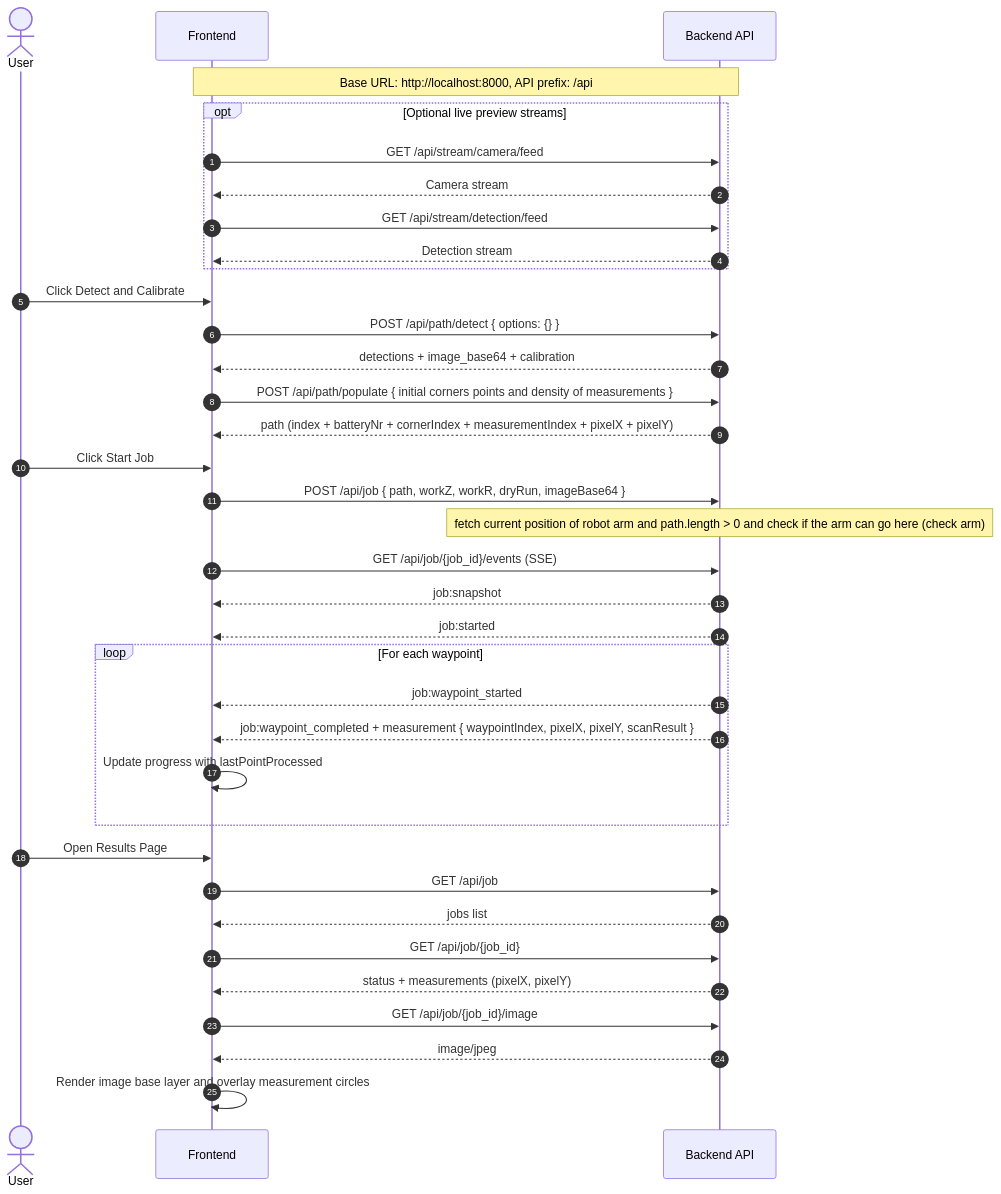
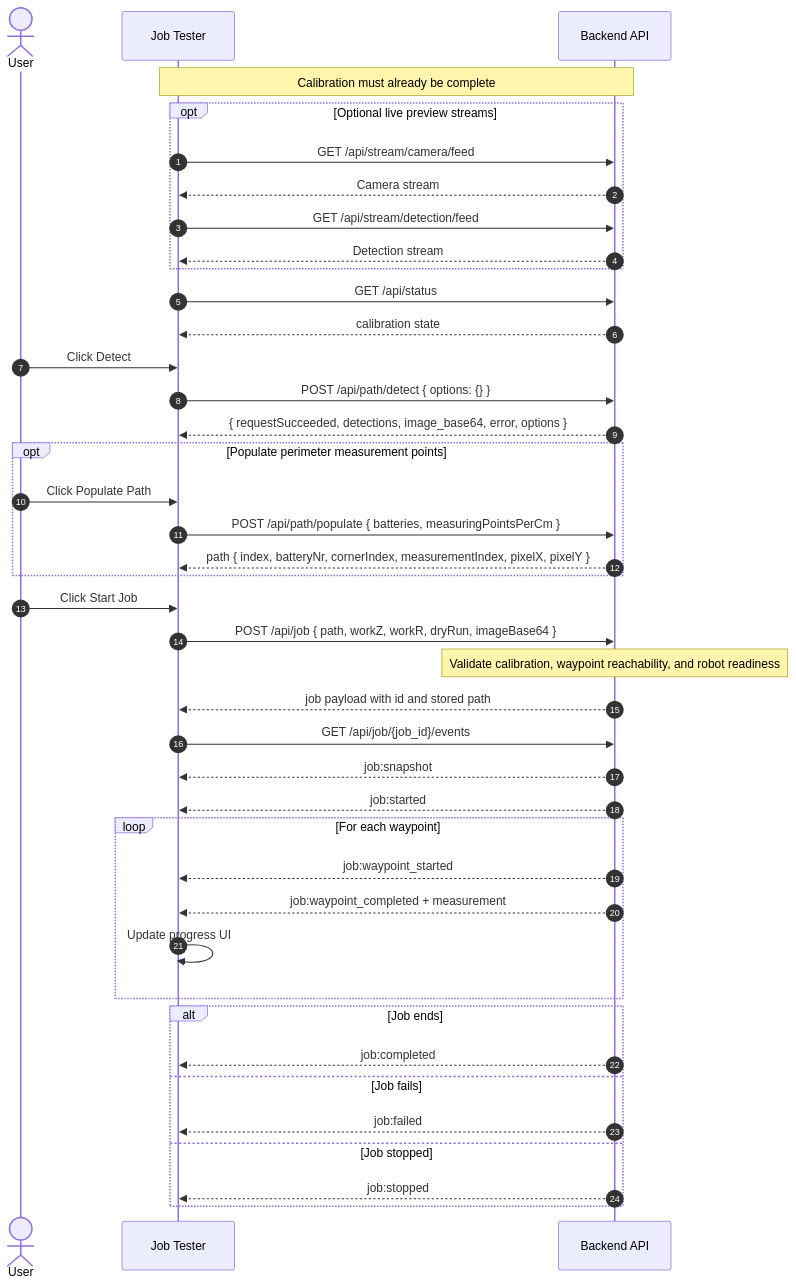
Before and after one commit to NenaBot/nenabot-backend: the second of 3 diagrams in docs/frontend-integration-diagram.md, drawn with Mermaid. The commit also changed other lines of this file and 4 other files, not shown here.

Commit message:
Add frontend integration documentation and update calibration status references

````diff
--- a/docs/frontend-integration-diagram.md
+++ b/docs/frontend-integration-diagram.md
@@ -1,46 +62,52 @@
 ```mermaid
 sequenceDiagram
     autonumber
     actor U as User
-    participant FE as Frontend
+    participant FE as Job Tester
     participant BE as Backend API
 
-    Note over FE,BE: Base URL: http://localhost:8000, API prefix: /api
+    Note over FE,BE: Calibration must already be complete
 
     opt Optional live preview streams
         FE->>BE: GET /api/stream/camera/feed
         BE-->>FE: Camera stream
         FE->>BE: GET /api/stream/detection/feed
         BE-->>FE: Detection stream
     end
 
-    U->>FE: Click Detect and Calibrate
+    FE->>BE: GET /api/status
+    BE-->>FE: calibration state
+
+    U->>FE: Click Detect
     FE->>BE: POST /api/path/detect { options: {} }
-    BE-->>FE: detections + image_base64 + calibration
-    FE->>BE: POST /api/path/populate { initial corners points and density of measurements }
-    BE-->>FE: path (index + batteryNr + cornerIndex + measurementIndex + pixelX + pixelY)
+    BE-->>FE: { requestSucceeded, detections, image_base64, error, options }
+
+    opt Populate perimeter measurement points
+        U->>FE: Click Populate Path
+        FE->>BE: POST /api/path/populate { batteries, measuringPointsPerCm }
+        BE-->>FE: path { index, batteryNr, cornerIndex, measurementIndex, pixelX, pixelY }
+    end
 
     U->>FE: Click Start Job
     FE->>BE: POST /api/job { path, workZ, workR, dryRun, imageBase64 }
-    Note over BE: fetch current position of robot arm and path.length > 0 and check if the arm can go here (check arm)
+    Note over BE: Validate calibration, waypoint reachability, and robot readiness
+    BE-->>FE: job payload with id and stored path
 
-
-    FE->>BE: GET /api/job/{job_id}/events (SSE)
+    FE->>BE: GET /api/job/{job_id}/events
     BE-->>FE: job:snapshot
     BE-->>FE: job:started
 
     loop For each waypoint
         BE-->>FE: job:waypoint_started
-        BE-->>FE: job:waypoint_completed + measurement { waypointIndex, pixelX, pixelY, scanResult }
-        FE->>FE: Update progress with lastPointProcessed
+        BE-->>FE: job:waypoint_completed + measurement
+        FE->>FE: Update progress UI
     end
 
-    U->>FE: Open Results Page
-    FE->>BE: GET /api/job
-    BE-->>FE: jobs list
-    FE->>BE: GET /api/job/{job_id}
-    BE-->>FE: status + measurements (pixelX, pixelY)
-    FE->>BE: GET /api/job/{job_id}/image
-    BE-->>FE: image/jpeg
-    FE->>FE: Render image base layer and overlay measurement circles
+    alt Job ends
+        BE-->>FE: job:completed
+    else Job fails
+        BE-->>FE: job:failed
+    else Job stopped
+        BE-->>FE: job:stopped
+    end
 ```
````
